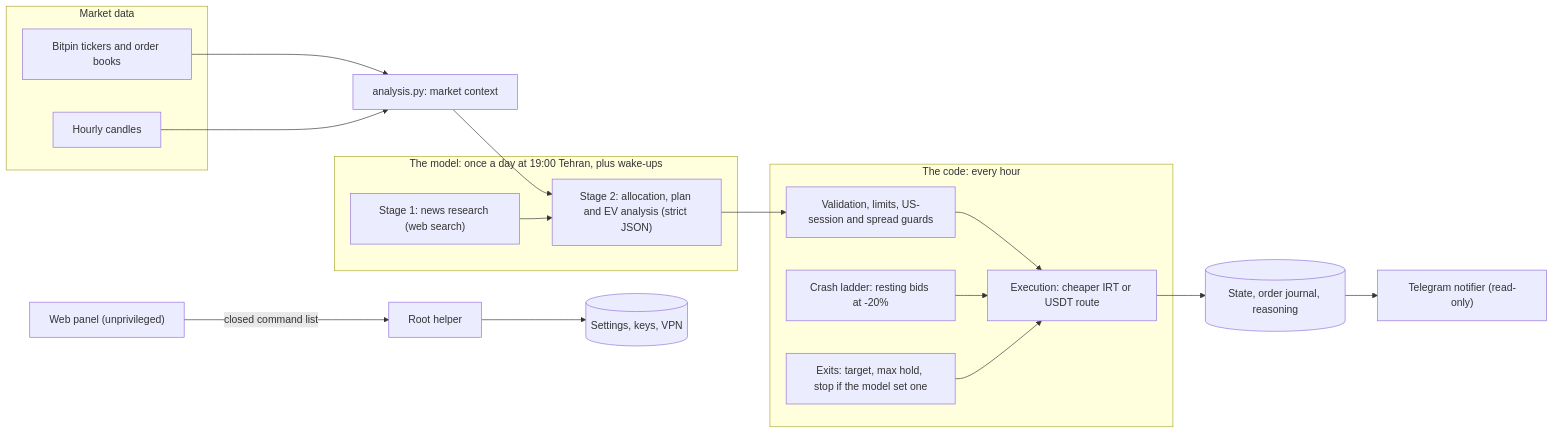
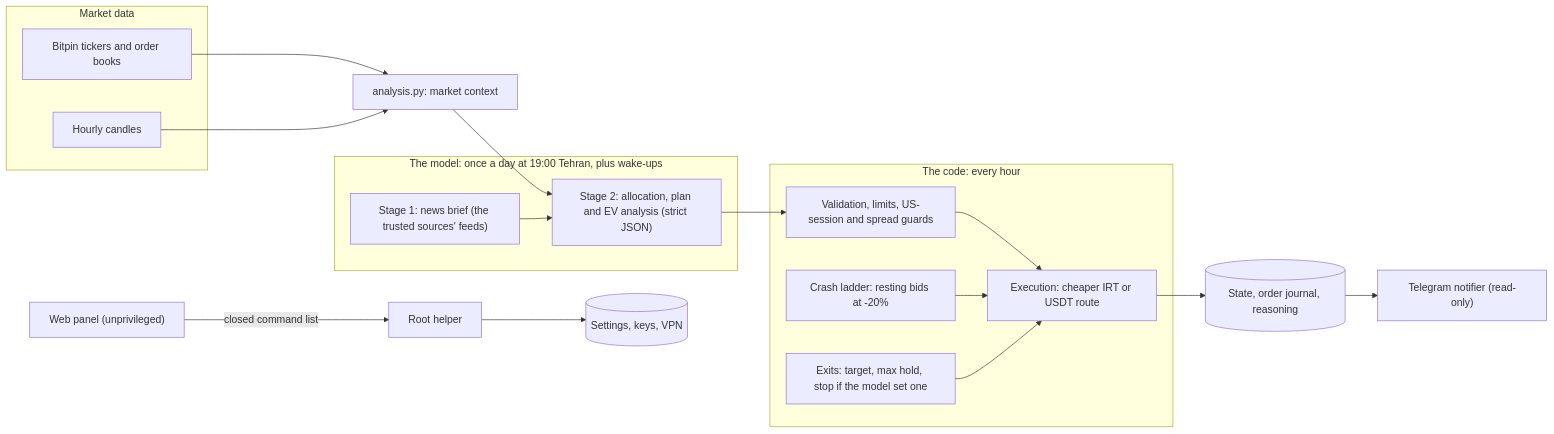
One commit to Erfouni/bitpin-ai-trader changed the diagram in README.md. Above: the diagram before and after it, drawn with Mermaid. The commit also changed other lines of this file and 20 other files, not shown here.

````diff
--- a/README.md
+++ b/README.md
@@ -84,24 +85,24 @@
 ```mermaid
 flowchart LR
   subgraph data["Market data"]
     T["Bitpin tickers and order books"]
     C["Hourly candles"]
   end
   subgraph model["The model: once a day at 19:00 Tehran, plus wake-ups"]
-    N["Stage 1: news research (web search)"]
+    N["Stage 1: news brief (the trusted sources' feeds)"]
     D["Stage 2: allocation, plan and EV analysis (strict JSON)"]
   end
   subgraph code["The code: every hour"]
     V["Validation, limits, US-session and spread guards"]
     X["Execution: cheaper IRT or USDT route"]
     L["Crash ladder: resting bids at -20%"]
     E["Exits: target, max hold, stop if the model set one"]
   end
   T & C --> A["analysis.py: market context"] --> D
   N --> D --> V --> X
   L --> X
   E --> X
   X --> S[("State, order journal, reasoning")]
   S --> TG["Telegram notifier (read-only)"]
   P["Web panel (unprivileged)"] -->|closed command list| H["Root helper"] --> CFG[("Settings, keys, VPN")]
 ```
````
